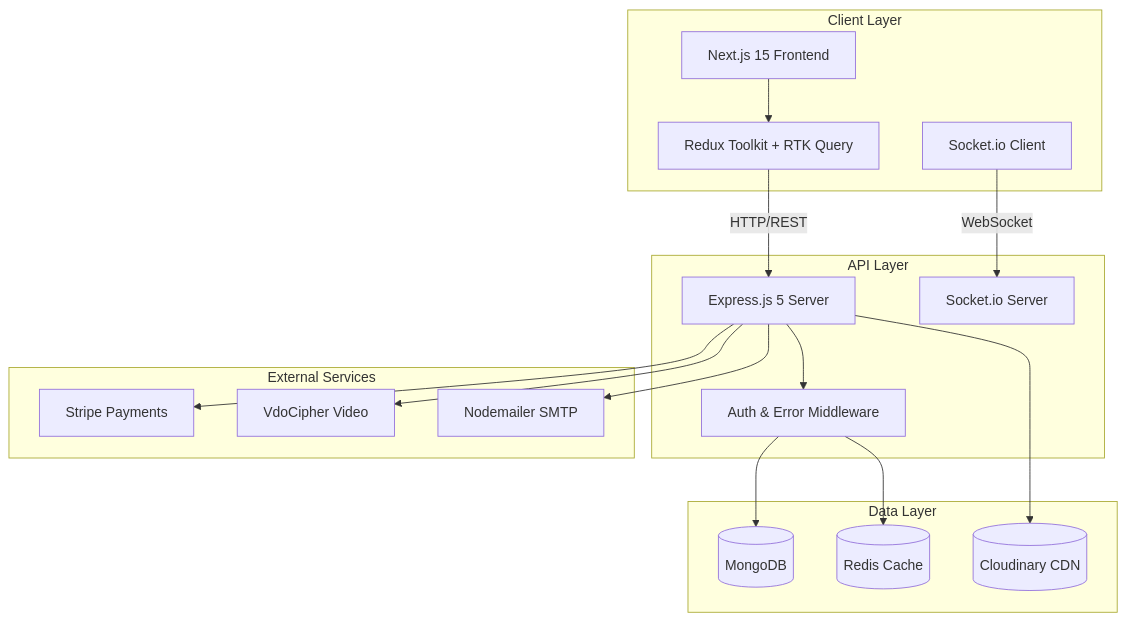
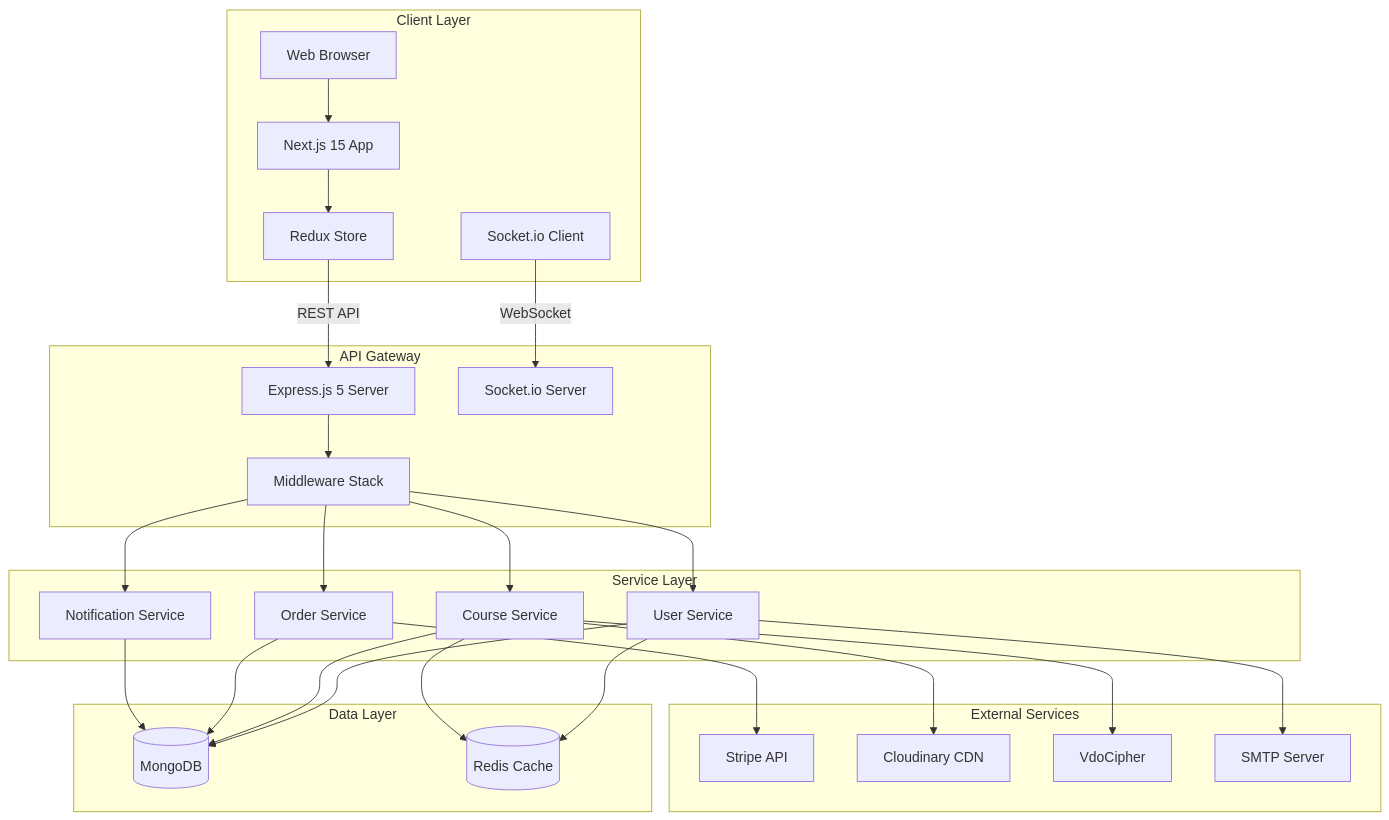
Before and after one commit to asadjan4611/LMS: the fourth of 13 diagrams in README.md, drawn with Mermaid. The commit also changed other lines of this file and 1 other file, not shown here.

Commit message:
docs: Enhanced README with UML diagrams, class diagrams, problem statement, and professional documentation

````diff
--- a/README.md
+++ b/README.md
@@ -61,38 +238,57 @@
 ```mermaid
-graph TD
+graph TB
     subgraph "Client Layer"
-        NextJS["Next.js 15 Frontend"]
-        Redux["Redux Toolkit + RTK Query"]
-        Socket["Socket.io Client"]
+        Browser[Web Browser]
+        NextJS[Next.js 15 App]
+        Redux[Redux Store]
+        SocketClient[Socket.io Client]
     end
 
-    subgraph "API Layer"
-        Express["Express.js 5 Server"]
-        SocketServer["Socket.io Server"]
-        Middleware["Auth & Error Middleware"]
+    subgraph "API Gateway"
+        Express[Express.js 5 Server]
+        Middleware[Middleware Stack]
+        SocketServer[Socket.io Server]
+    end
+
+    subgraph "Service Layer"
+        UserService[User Service]
+        CourseService[Course Service]
+        OrderService[Order Service]
+        NotificationService[Notification Service]
     end
 
     subgraph "Data Layer"
         MongoDB[(MongoDB)]
         Redis[(Redis Cache)]
-        Cloudinary[(Cloudinary CDN)]
     end
 
     subgraph "External Services"
-        Stripe["Stripe Payments"]
-        VdoCipher["VdoCipher Video"]
-        Email["Nodemailer SMTP"]
+        Stripe[Stripe API]
+        Cloudinary[Cloudinary CDN]
+        VdoCipher[VdoCipher]
+        SMTP[SMTP Server]
     end
 
+    Browser --> NextJS
     NextJS --> Redux
-    Redux -->|HTTP/REST| Express
-    Socket -->|WebSocket| SocketServer
-    
+    Redux -->|REST API| Express
+    SocketClient -->|WebSocket| SocketServer
+
     Express --> Middleware
-    Middleware --> MongoDB
-    Middleware --> Redis
-    Express --> Cloudinary
-    Express --> Stripe
-    Express --> VdoCipher
-    Express --> Email
+    Middleware --> UserService
+    Middleware --> CourseService
+    Middleware --> OrderService
+    Middleware --> NotificationService
+
+    UserService --> MongoDB
+    UserService --> Redis
+    CourseService --> MongoDB
+    CourseService --> Redis
+    OrderService --> MongoDB
+    NotificationService --> MongoDB
+
+    OrderService --> Stripe
+    CourseService --> Cloudinary
+    CourseService --> VdoCipher
+    UserService --> SMTP
 ```
````
